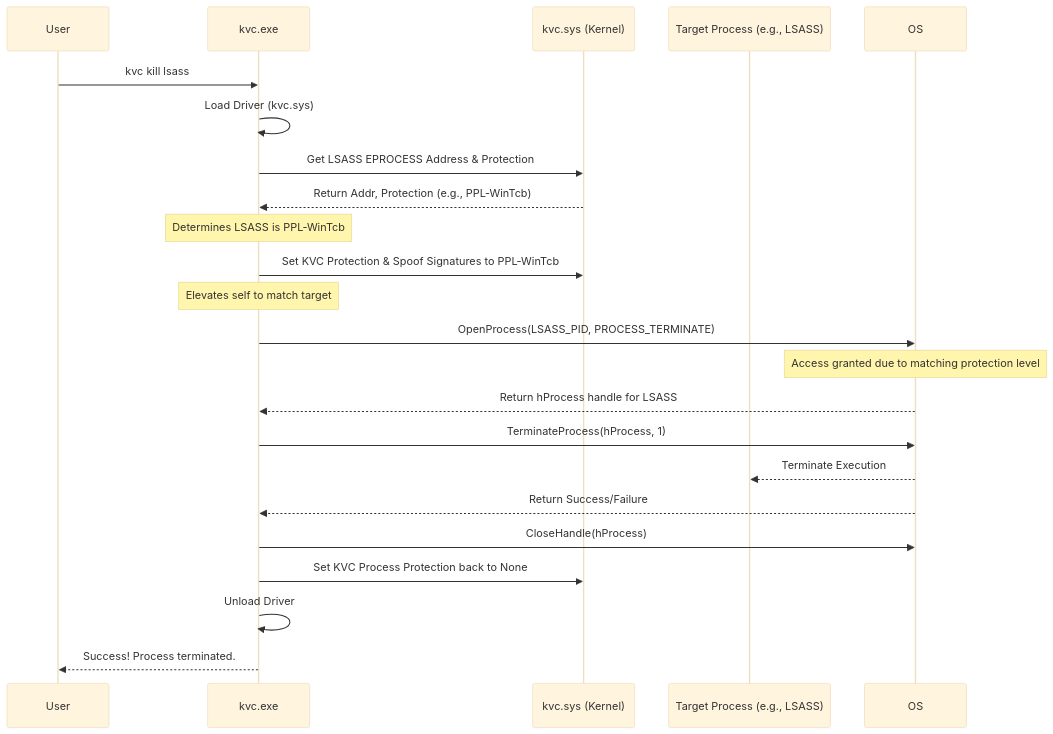
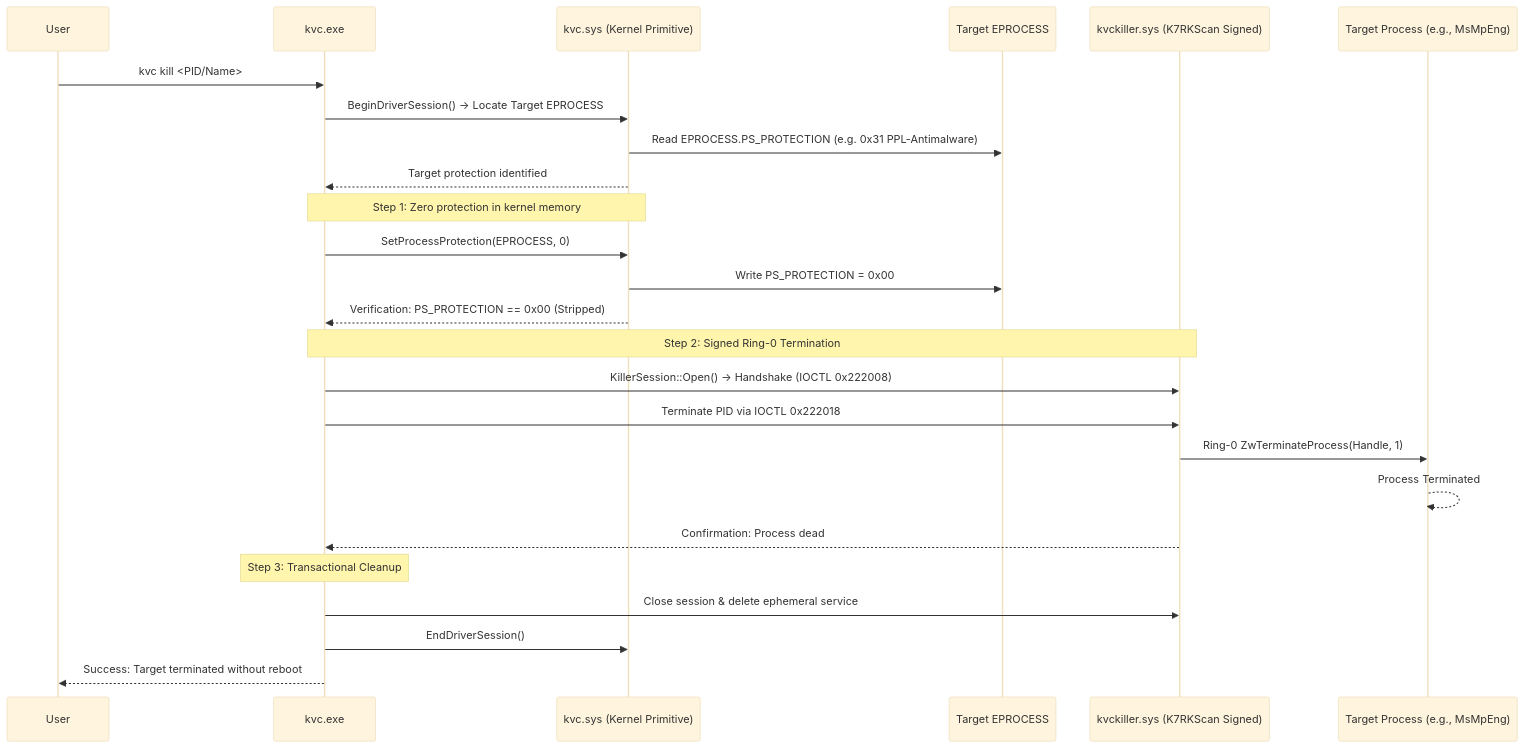
Before and after one commit to wesmar/kvc: the sixth of 13 diagrams in README.md, drawn with Mermaid (base theme). The commit also changed other lines of this file, not shown here.

Commit message:
Docs: Revamp architecture, dual-driver PPL ladder, ForceIO minifilter bypass and Mermaid diagrams

````diff
--- a/README.md
+++ b/README.md
@@ -1785,30 +2035,31 @@
 ```mermaid
 sequenceDiagram
     participant User
     participant KVC_EXE as kvc.exe
-    participant KVC_SYS as kvc.sys (Kernel)
-    participant Target_PPL as Target Process (e.g., LSASS)
+    participant KVC_SYS as kvc.sys (Kernel Primitive)
+    participant EPROC as Target EPROCESS
+    participant KILLER as kvckiller.sys (K7RKScan Signed)
+    participant Target as Target Process (e.g., MsMpEng)
 
-    User->>KVC_EXE: kvc kill lsass
-    KVC_EXE->>KVC_EXE: Load Driver (kvc.sys)
-    KVC_EXE->>KVC_SYS: Get LSASS EPROCESS Address & Protection
-    KVC_SYS-->>KVC_EXE: Return Addr, Protection (e.g., PPL-WinTcb) 
-    Note over KVC_EXE: Determines LSASS is PPL-WinTcb 
+    User->>KVC_EXE: kvc kill <PID/Name>
+    KVC_EXE->>KVC_SYS: BeginDriverSession() -> Locate Target EPROCESS
+    KVC_SYS->>EPROC: Read EPROCESS.PS_PROTECTION (e.g. 0x31 PPL-Antimalware)
+    KVC_SYS-->>KVC_EXE: Target protection identified
 
-    KVC_EXE->>KVC_SYS: Set KVC Protection & Spoof Signatures to PPL-WinTcb 
-    Note over KVC_EXE: Elevates self to match target
+    Note over KVC_EXE,KVC_SYS: Step 1: Zero protection in kernel memory
+    KVC_EXE->>KVC_SYS: SetProcessProtection(EPROCESS, 0)
+    KVC_SYS->>EPROC: Write PS_PROTECTION = 0x00
+    KVC_SYS-->>KVC_EXE: Verification: PS_PROTECTION == 0x00 (Stripped)
 
-    KVC_EXE->>OS: OpenProcess(LSASS_PID, PROCESS_TERMINATE) 
-    Note over OS: Access granted due to matching protection level
-    OS-->>KVC_EXE: Return hProcess handle for LSASS
+    Note over KVC_EXE,KILLER: Step 2: Signed Ring-0 Termination
+    KVC_EXE->>KILLER: KillerSession::Open() -> Handshake (IOCTL 0x222008)
+    KVC_EXE->>KILLER: Terminate PID via IOCTL 0x222018
+    KILLER->>Target: Ring-0 ZwTerminateProcess(Handle, 1)
+    Target-->>Target: Process Terminated
+    KILLER-->>KVC_EXE: Confirmation: Process dead
 
-    KVC_EXE->>OS: TerminateProcess(hProcess, 1) 
-    OS-->>Target_PPL: Terminate Execution
-    OS-->>KVC_EXE: Return Success/Failure
-
-    KVC_EXE->>OS: CloseHandle(hProcess)
-
-    KVC_EXE->>KVC_SYS: Set KVC Process Protection back to None
-    KVC_EXE->>KVC_EXE: Unload Driver
-    KVC_EXE-->>User: Success! Process terminated.
+    Note over KVC_EXE: Step 3: Transactional Cleanup
+    KVC_EXE->>KILLER: Close session & delete ephemeral service
+    KVC_EXE->>KVC_SYS: EndDriverSession()
+    KVC_EXE-->>User: Success: Target terminated without reboot
 ```
````
